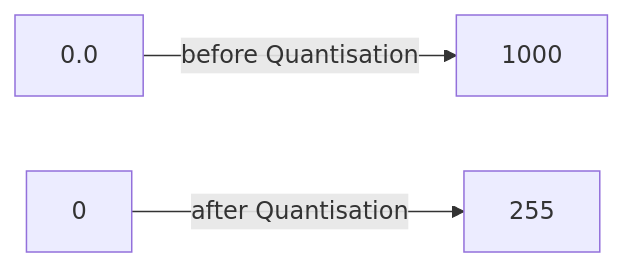
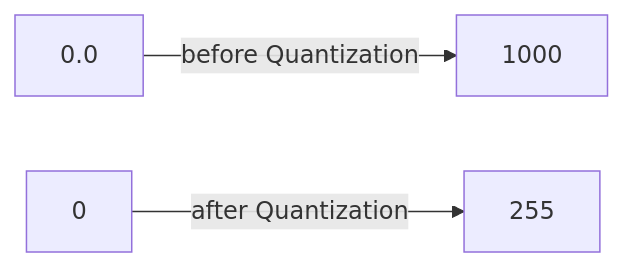
Before and after one commit to CharanSaiVaddi23/LLM-Finetuning: the second of 6 diagrams in README.md, drawn with Mermaid. The commit also changed other lines of this file, not shown here.

````diff
--- a/README.md
+++ b/README.md
@@ -23,5 +23,5 @@
 ```mermaid
 graph LR
-a[0.0]-- before Quantisation -->b[1000]
-a1[0]-- after Quantisation -->b1[255]
+a[0.0]-- before Quantization -->b[1000]
+a1[0]-- after Quantization -->b1[255]
 ```
````
